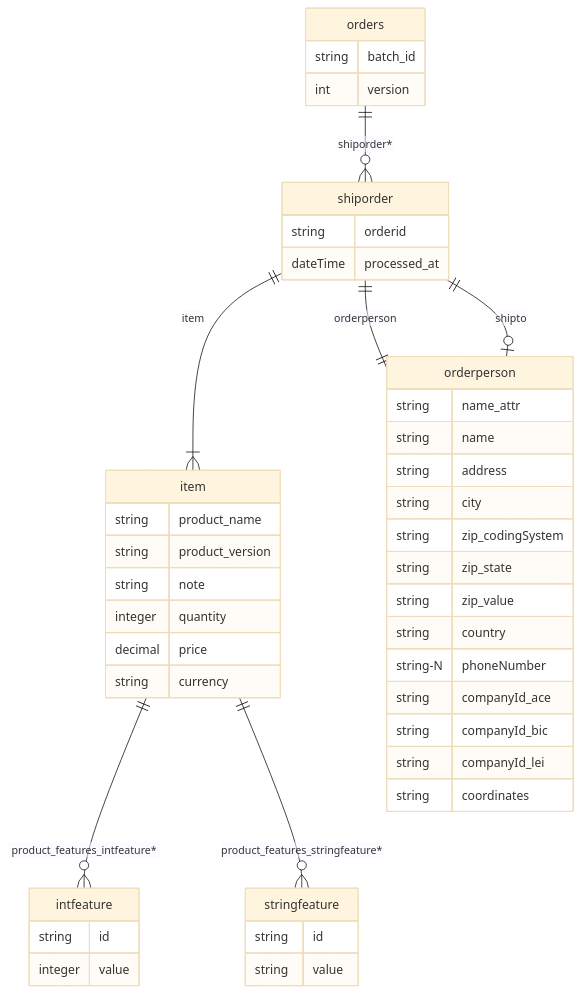
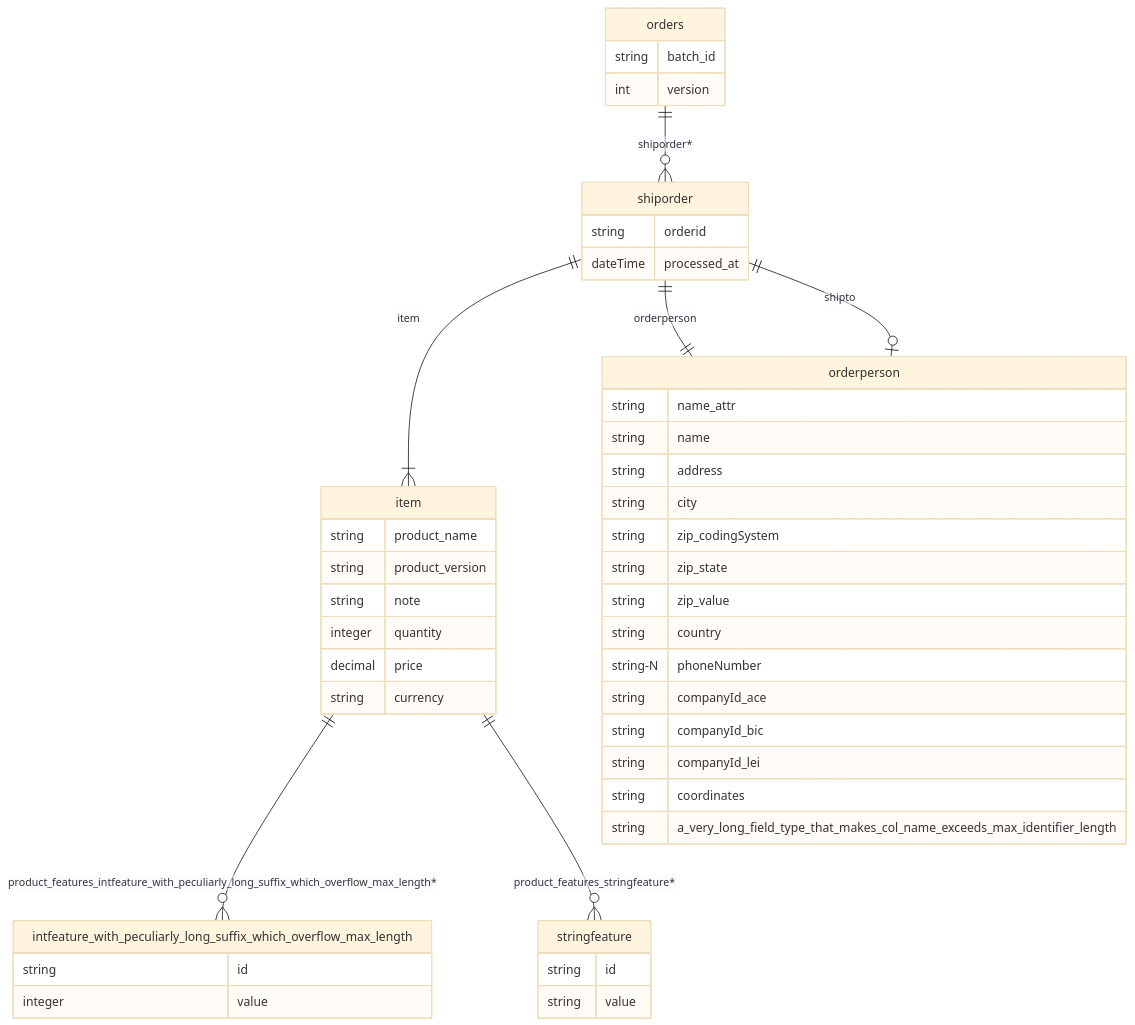
Before and after one commit to cre-dev/xml2db: the diagram in tests/sample_models/orders/orders_erd_version1.md, drawn with Mermaid (base theme). The commit also changed 35 other files, not shown here.

````diff
--- a/tests/sample_models/orders/orders_erd_version1.md
+++ b/tests/sample_models/orders/orders_erd_version1.md
@@ -1,48 +1,49 @@
 ```mermaid
 erDiagram
-    item ||--o{ intfeature : "product_features_intfeature*"
+    item ||--o{ intfeature_with_peculiarly_long_suffix_which_overflow_max_length : "product_features_intfeature_with_peculiarly_long_suffix_which_overflow_max_length*"
     item ||--o{ stringfeature : "product_features_stringfeature*"
     item {
         string product_name
         string product_version
         string note
         integer quantity
         decimal price
         string currency
     }
     orders ||--o{ shiporder : "shiporder*"
     orders {
         string batch_id
         int version
     }
     shiporder ||--|| orderperson : "orderperson"
     shiporder ||--o| orderperson : "shipto"
     shiporder ||--|{ item : "item"
     shiporder {
         string orderid
         dateTime processed_at
     }
     stringfeature {
         string id
         string value
     }
-    intfeature {
+    intfeature_with_peculiarly_long_suffix_which_overflow_max_length {
         string id
         integer value
     }
     orderperson {
         string name_attr
         string name
         string address
         string city
         string zip_codingSystem
         string zip_state
         string zip_value
         string country
         string-N phoneNumber
         string companyId_ace
         string companyId_bic
         string companyId_lei
         string coordinates
+        string a_very_long_field_type_that_makes_col_name_exceeds_max_identifier_length
     }
 ```
````
